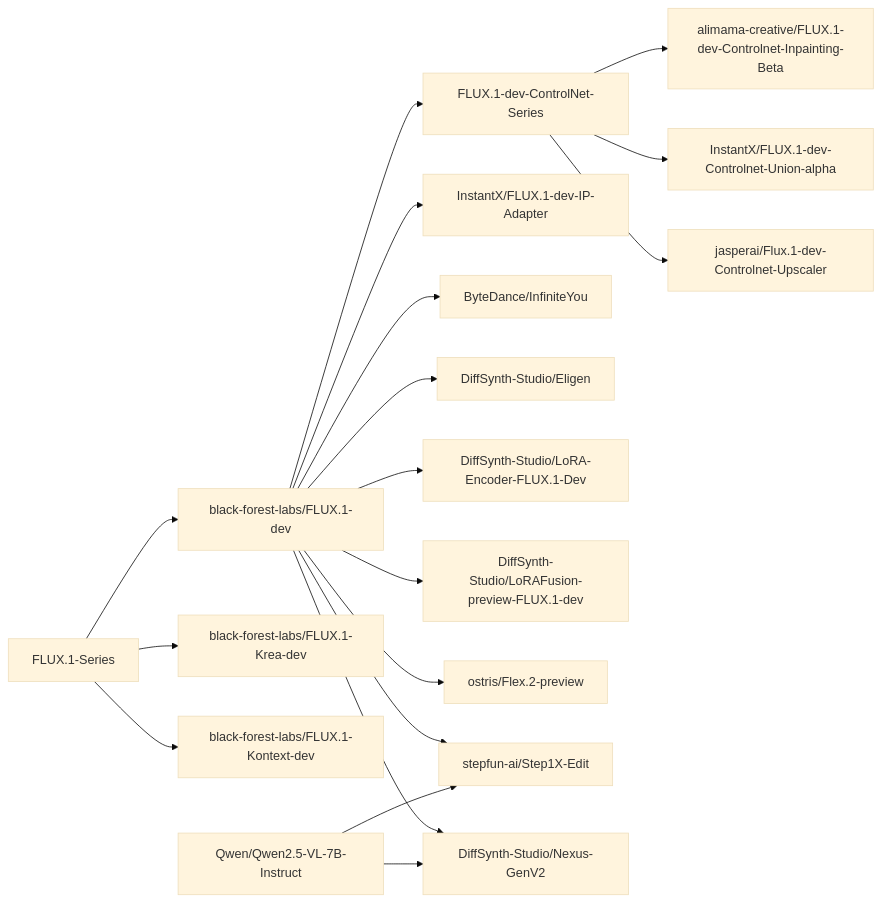
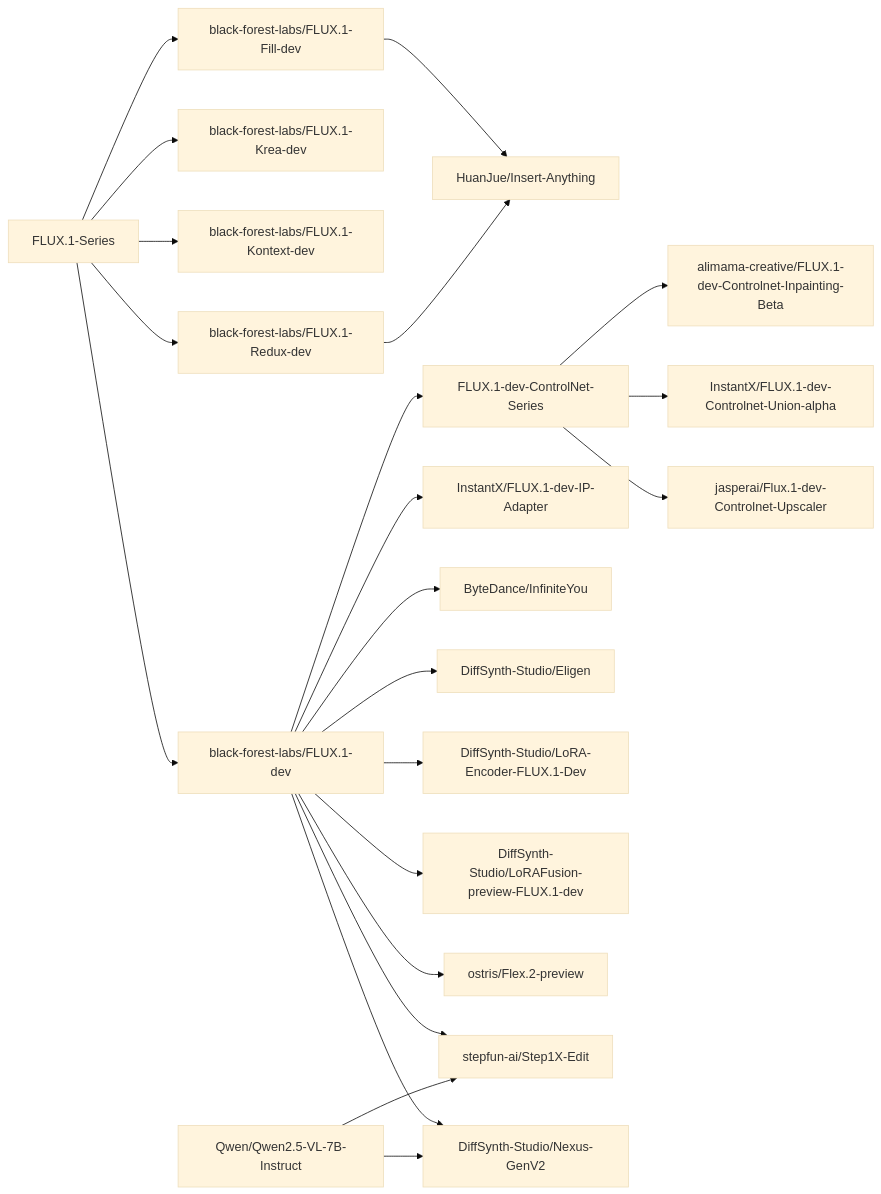
One commit to modelscope/DiffSynth-Studio changed the diagram in docs/en/Model_Details/FLUX.md. Above: the diagram before and after it, drawn with Mermaid (base theme). The commit also changed other lines of this file and 11 other files, not shown here.

Commit message:
support the inference of FLUX Fill, FLUX Redux, Insert Anything

````diff
--- a/docs/en/Model_Details/FLUX.md
+++ b/docs/en/Model_Details/FLUX.md
@@ -59,20 +59,24 @@
 ```mermaid
 graph LR;
     FLUX.1-Series-->black-forest-labs/FLUX.1-dev;
     FLUX.1-Series-->black-forest-labs/FLUX.1-Krea-dev;
     FLUX.1-Series-->black-forest-labs/FLUX.1-Kontext-dev;
+    FLUX.1-Series-->black-forest-labs/FLUX.1-Fill-dev;
+    FLUX.1-Series-->black-forest-labs/FLUX.1-Redux-dev;
+    black-forest-labs/FLUX.1-Fill-dev-->HuanJue/Insert-Anything;
+    black-forest-labs/FLUX.1-Redux-dev-->HuanJue/Insert-Anything;
     black-forest-labs/FLUX.1-dev-->FLUX.1-dev-ControlNet-Series;
     FLUX.1-dev-ControlNet-Series-->alimama-creative/FLUX.1-dev-Controlnet-Inpainting-Beta;
     FLUX.1-dev-ControlNet-Series-->InstantX/FLUX.1-dev-Controlnet-Union-alpha;
     FLUX.1-dev-ControlNet-Series-->jasperai/Flux.1-dev-Controlnet-Upscaler;
     black-forest-labs/FLUX.1-dev-->InstantX/FLUX.1-dev-IP-Adapter;
     black-forest-labs/FLUX.1-dev-->ByteDance/InfiniteYou;
     black-forest-labs/FLUX.1-dev-->DiffSynth-Studio/Eligen;
     black-forest-labs/FLUX.1-dev-->DiffSynth-Studio/LoRA-Encoder-FLUX.1-Dev;
     black-forest-labs/FLUX.1-dev-->DiffSynth-Studio/LoRAFusion-preview-FLUX.1-dev;
     black-forest-labs/FLUX.1-dev-->ostris/Flex.2-preview;
     black-forest-labs/FLUX.1-dev-->stepfun-ai/Step1X-Edit;
     Qwen/Qwen2.5-VL-7B-Instruct-->stepfun-ai/Step1X-Edit;
     black-forest-labs/FLUX.1-dev-->DiffSynth-Studio/Nexus-GenV2;
     Qwen/Qwen2.5-VL-7B-Instruct-->DiffSynth-Studio/Nexus-GenV2;
 ```
````
